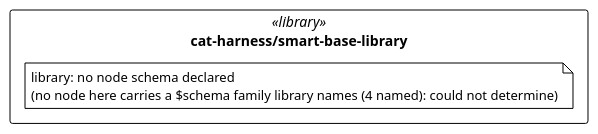
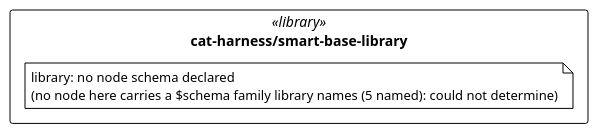
One commit to litlfred/folio-assistant changed the diagram in cat-harness/uml/overview/cat-harness/smart-base-library.puml. Above: the diagram before and after it, drawn with PlantUML. The commit also changed 25 other files, not shown here.

First line of the commit message:
Regenerate after merging main — glossary, UML overview, detangle, library/schema/uploads viz

```diff
--- a/cat-harness/uml/overview/cat-harness/smart-base-library.puml
+++ b/cat-harness/uml/overview/cat-harness/smart-base-library.puml
@@ -3,13 +3,13 @@
 @startuml cat_harness_smart_base_library
 !pragma layout elk
 !theme plain
 skinparam classAttributeIconSize 0
 skinparam shadowing false
 skinparam packageStyle rectangle
 hide empty methods
 
 package "cat-harness/smart-base-library" as pkg_cat_harness_smart_base_library <<library>> {
-  note "library: no node schema declared\n(no node here carries a $schema family library names (4 named): could not determine)" as n_cat_harness_smart_base_library_library
+  note "library: no node schema declared\n(no node here carries a $schema family library names (5 named): could not determine)" as n_cat_harness_smart_base_library_library
 }
 
 @enduml
```
